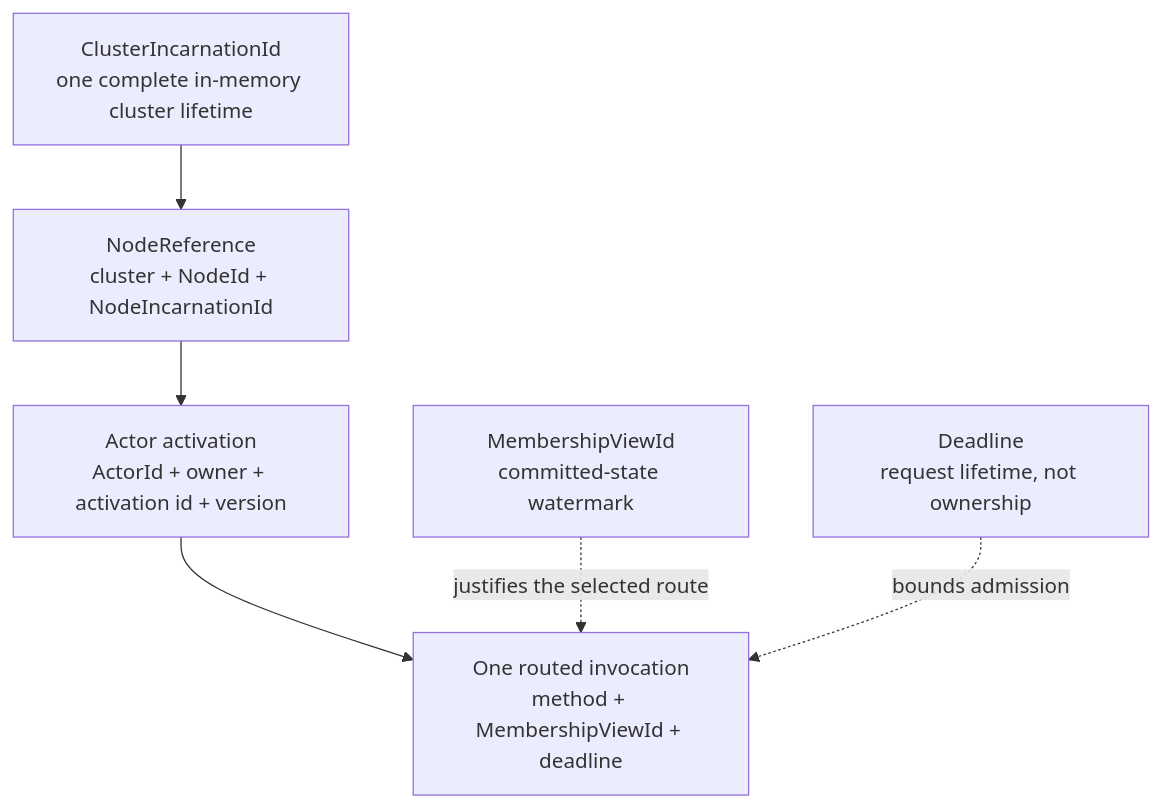
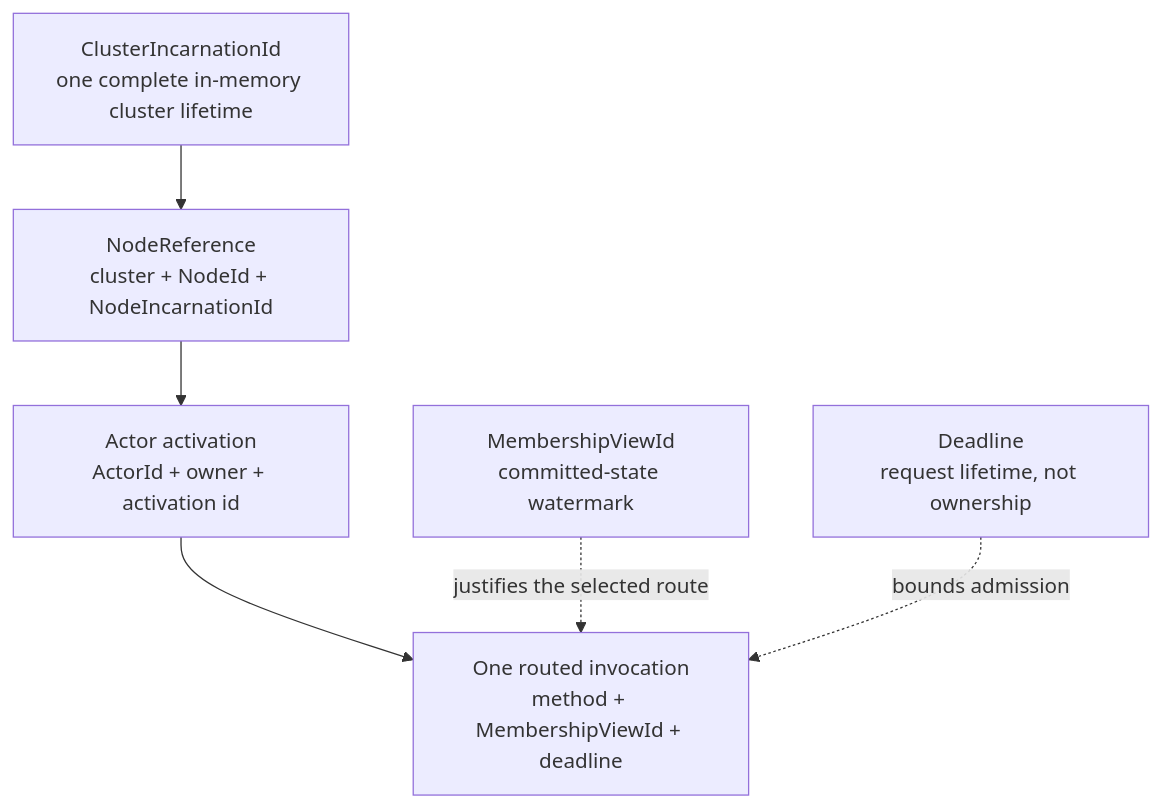
One commit to bruce48x/Lakona changed the second of 15 diagrams in docs/cluster.md. Above: the diagram before and after it, drawn with Mermaid. The commit also changed other lines of this file and 40 other files, not shown here.

````diff
--- a/docs/cluster.md
+++ b/docs/cluster.md
@@ -70,14 +70,14 @@
 ```mermaid
 flowchart TB
     C["ClusterIncarnationId<br/>one complete in-memory cluster lifetime"]
     N["NodeReference<br/>cluster + NodeId + NodeIncarnationId"]
-    A["Actor activation<br/>ActorId + owner + activation id + version"]
+    A["Actor activation<br/>ActorId + owner + activation id"]
     Q["One routed invocation<br/>method + MembershipViewId + deadline"]
 
     C --> N
     N --> A
     A --> Q
 
     V["MembershipViewId<br/>committed-state watermark"] -.->|"justifies the selected route"| Q
     T["Deadline<br/>request lifetime, not ownership"] -.->|"bounds admission"| Q
 ```
````
